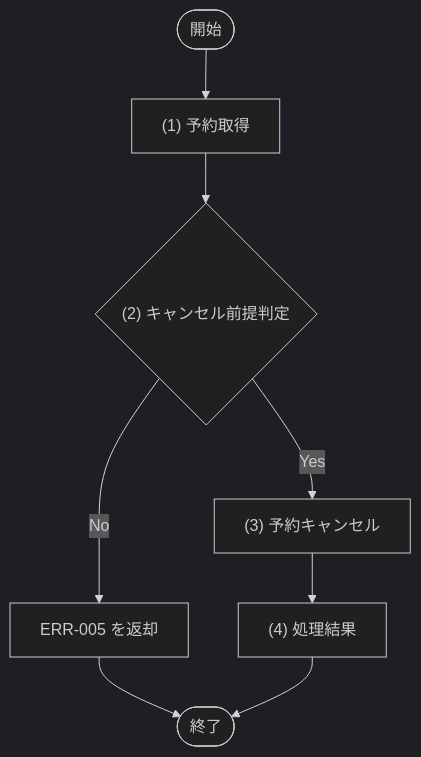
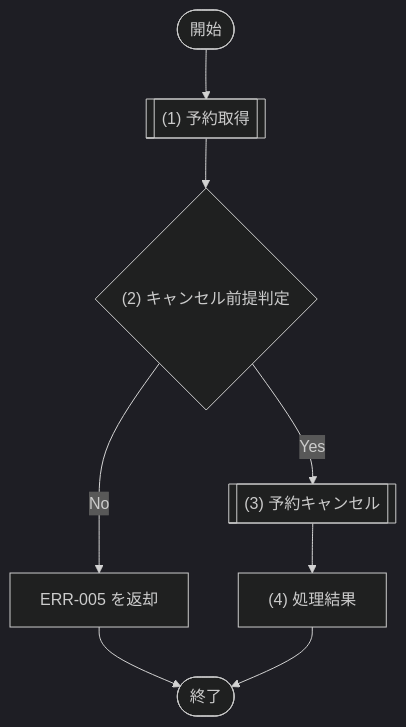
One commit to sikakou54/system-document-template changed the diagram in docs/03_機能設計/03_API設計/API-005_予約キャンセル.md. Above: the diagram before and after it, drawn with Mermaid (dark theme). The commit also changed 28 other files, not shown here.

````diff
--- a/docs/03_機能設計/03_API設計/API-005_予約キャンセル.md
+++ b/docs/03_機能設計/03_API設計/API-005_予約キャンセル.md
@@ -36,14 +36,14 @@
 ```mermaid
 flowchart TD
   Start([開始])
-  P1["(1) 予約取得"]
+  P1[["(1) 予約取得"]]
   D1{"(2) キャンセル前提判定"}
   E1["ERR-005 を返却"]
-  P2["(3) 予約キャンセル"]
+  P2[["(3) 予約キャンセル"]]
   P3["(4) 処理結果"]
   End([終了])
 
   Start --> P1 --> D1
   D1 -- "No" --> E1 --> End
   D1 -- "Yes" --> P2 --> P3 --> End
 ```
````
